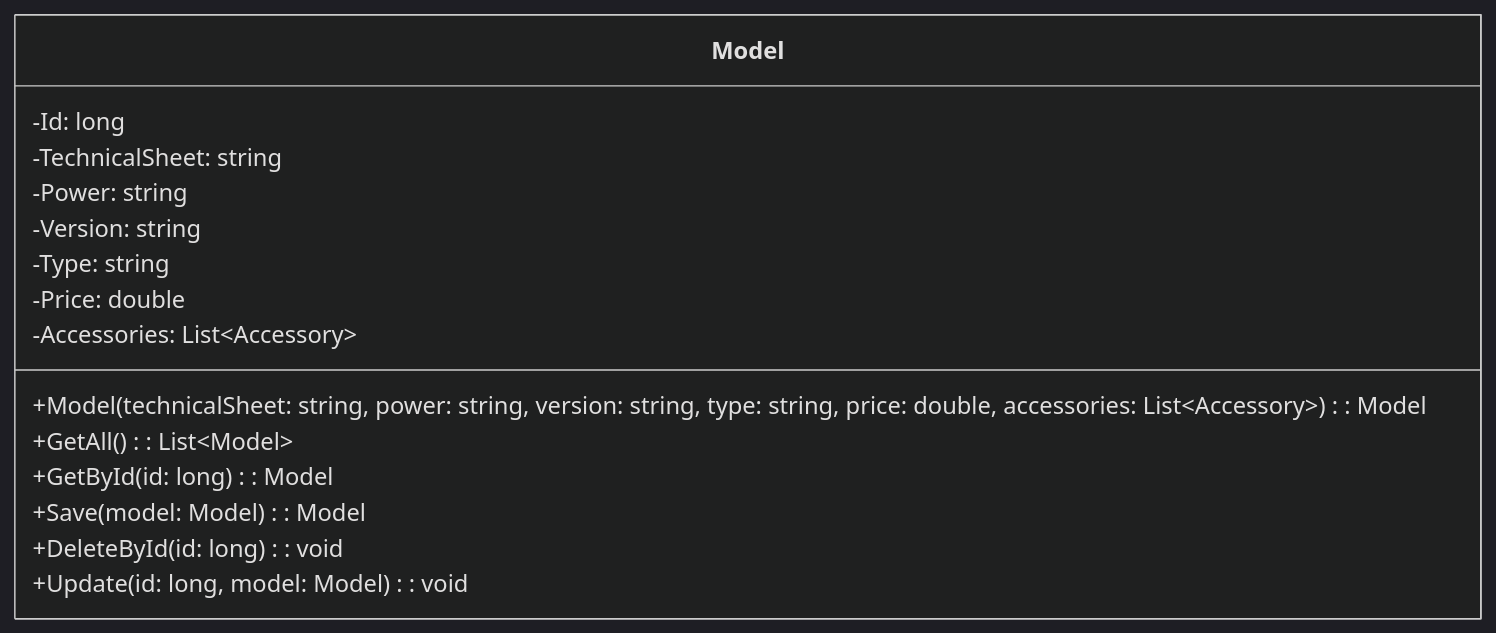
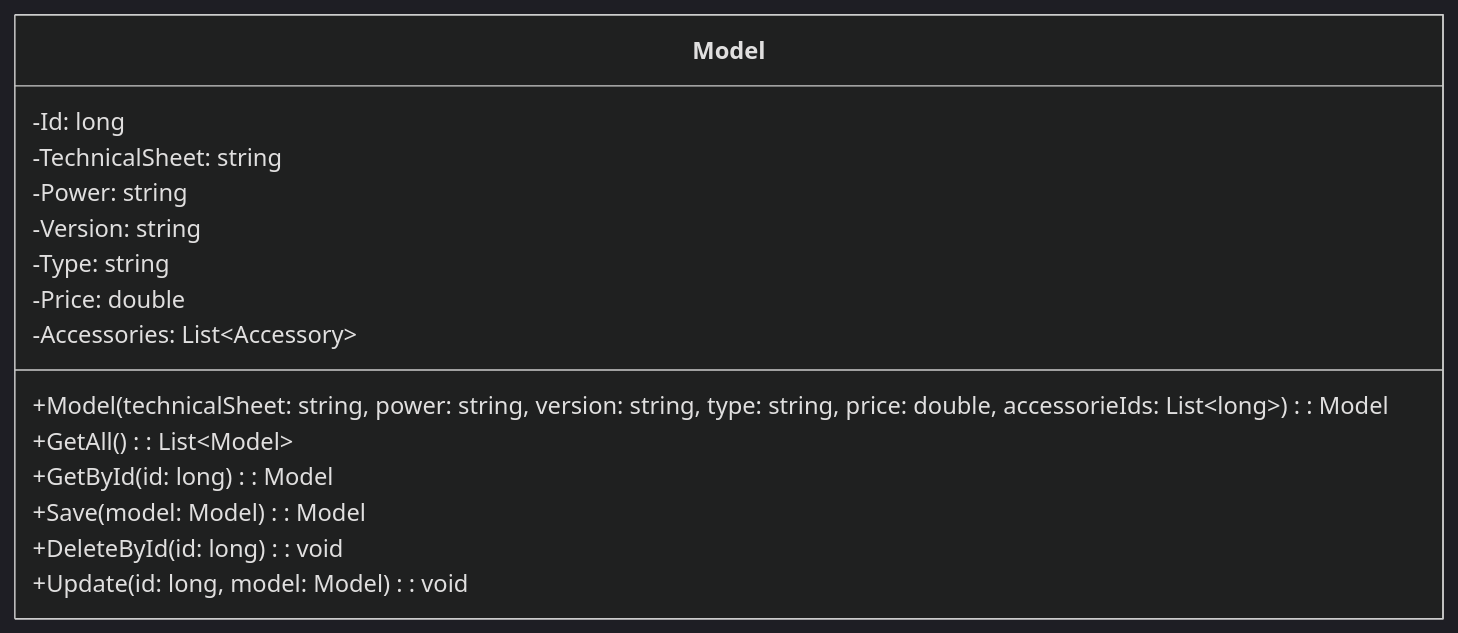
Before and after one commit to AndreLucas0/diagrama-de-classes-projeto-integrador: diagram 15 of 17 in Classes.md, drawn with Mermaid (dark theme). The commit also changed other lines of this file, not shown here.

Commit message:
diagrama finalizado

````diff
--- a/Classes.md
+++ b/Classes.md
@@ -229,19 +229,19 @@
 ```mermaid
 classDiagram
     class Model {
         -Id: long
         -TechnicalSheet: string
         -Power: string
         -Version: string
         -Type: string
         -Price: double
         -Accessories: List&lt;Accessory&gt;
-        +Model (technicalSheet: string, power: string, version: string, type: string, price: double, accessories: List&lt;Accessory&gt;): Model
+        +Model (technicalSheet: string, power: string, version: string, type: string, price: double, accessorieIds: List&lt;long&gt;): Model
         +GetAll (): List&lt;Model&gt;
         +GetById (id: long): Model
         +Save (model: Model): Model
         +DeleteById (id: long): void
         +Update (id: long, model: Model): void
 
     }
 ```
````
